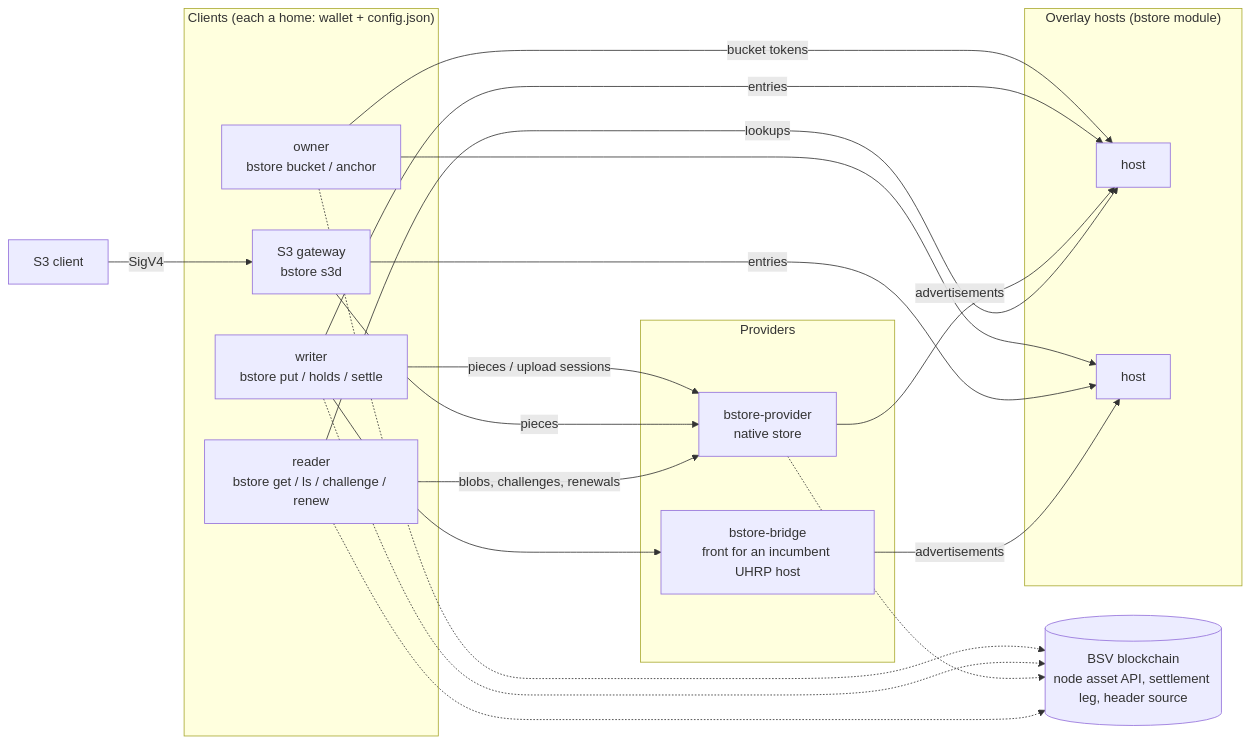
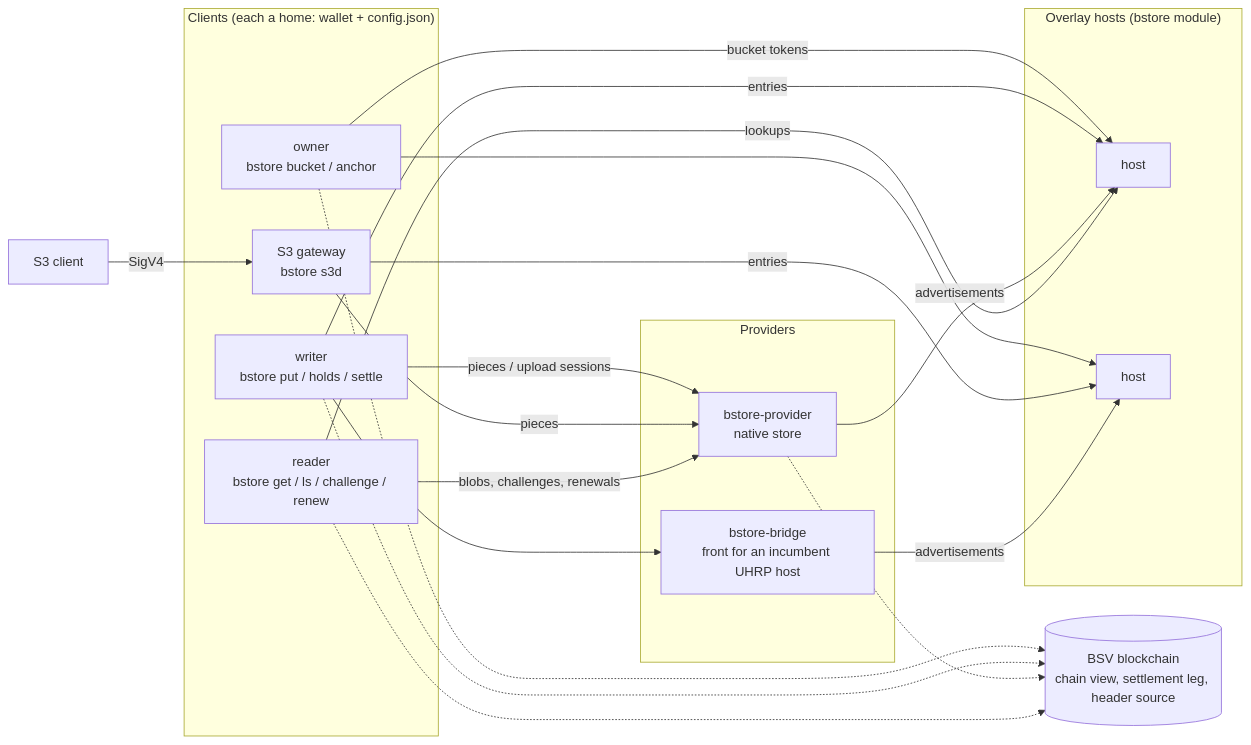
The diagram in docs/architecture.md (lightwebinc/bstore), drawn with Mermaid before and after one commit. The commit also changed other lines of this file and 10 other files, not shown here.

````diff
--- a/docs/architecture.md
+++ b/docs/architecture.md
@@ -10,34 +10,34 @@
 ```mermaid
 flowchart LR
   subgraph clients["Clients (each a home: wallet + config.json)"]
     O["owner<br/>bstore bucket / anchor"]
     W["writer<br/>bstore put / holds / settle"]
     R["reader<br/>bstore get / ls / challenge / renew"]
     G["S3 gateway<br/>bstore s3d"]
   end
   S3["S3 client"] -->|"SigV4"| G
   subgraph overlay["Overlay hosts (bstore module)"]
     H1["host"]
     H2["host"]
   end
   subgraph providers["Providers"]
     P1["bstore-provider<br/>native store"]
     P2["bstore-bridge<br/>front for an incumbent UHRP host"]
   end
   O -->|"bucket tokens"| H1
   O --> H2
   W -->|"entries"| H1
   W -->|"pieces / upload sessions"| P1
   W --> P2
   G -->|"entries"| H2
   G -->|"pieces"| P1
   P1 -->|"advertisements"| H1
   P2 -->|"advertisements"| H2
   R -->|"lookups"| H1
   R -->|"blobs, challenges, renewals"| P1
-  C[("BSV blockchain<br/>node asset API, settlement leg, header source")]
+  C[("BSV blockchain<br/>chain view, settlement leg, header source")]
   O -.-> C
   W -.-> C
   P1 -.-> C
   R -.-> C
 ```
````
